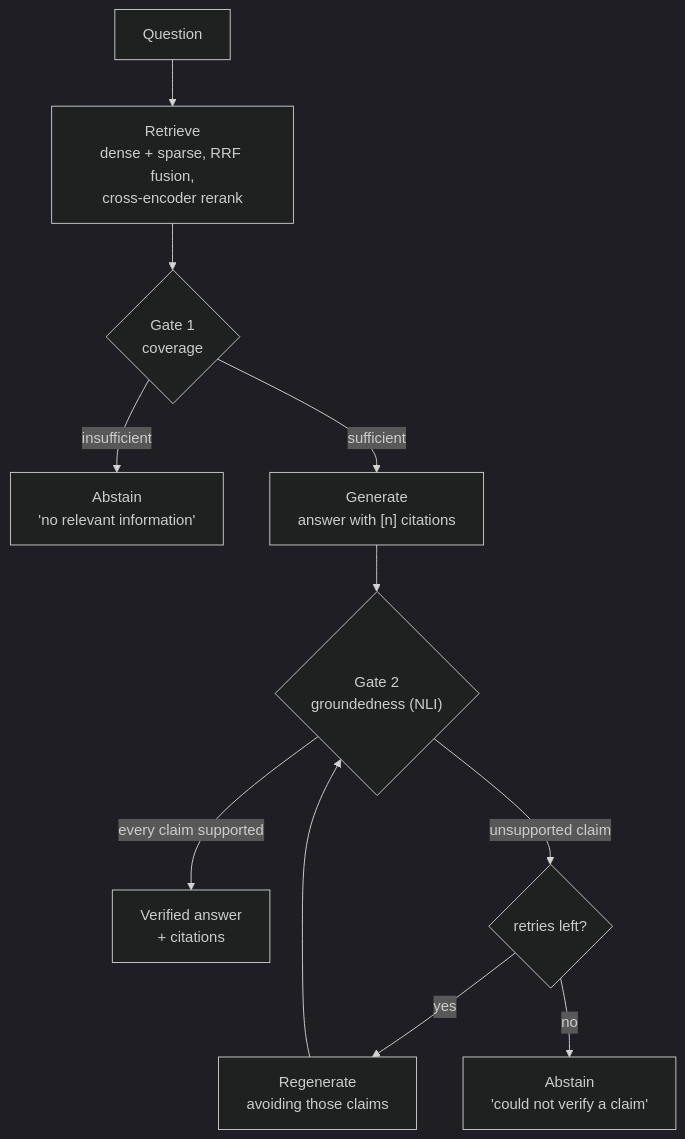
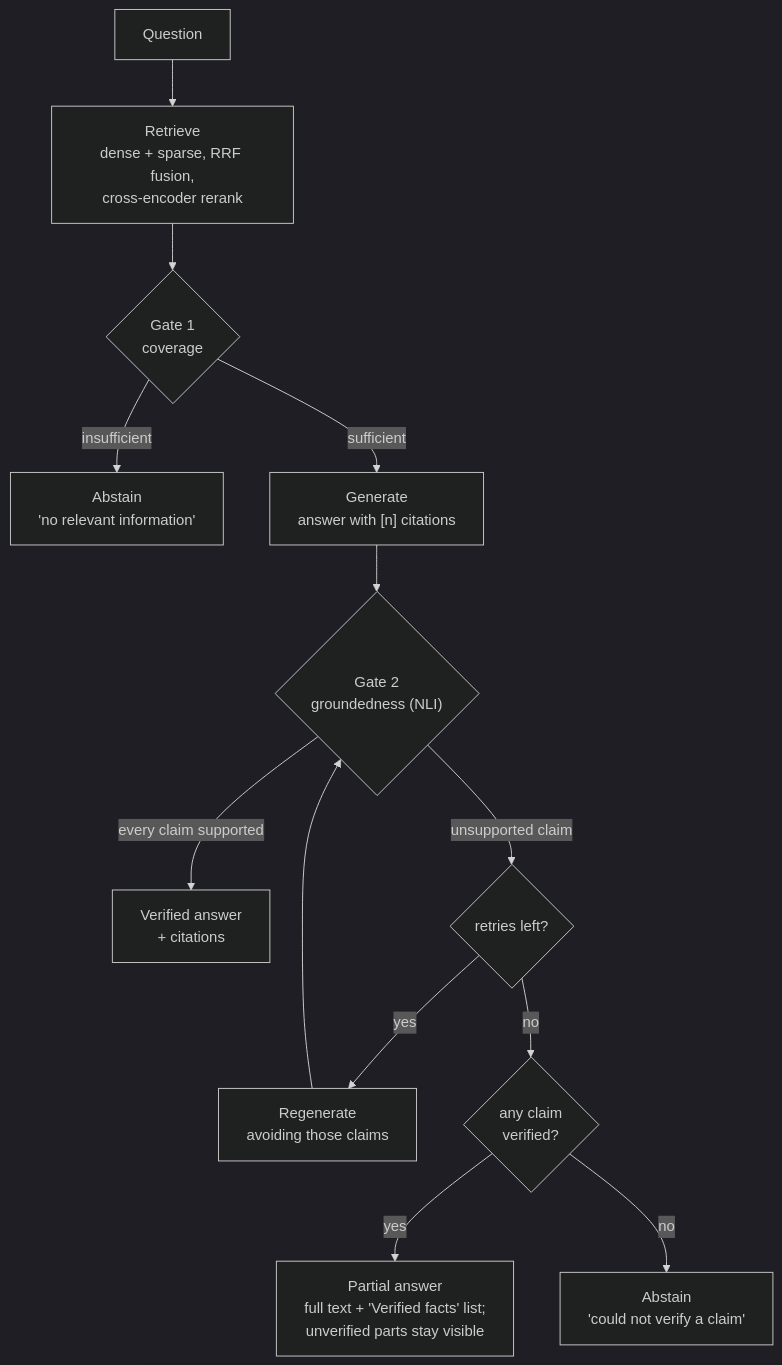
One commit to Ishaanrcks/VeriRag changed the diagram in README.md. Above: the diagram before and after it, drawn with Mermaid (dark theme). The commit also changed other lines of this file and 11 other files, not shown here.

````diff
--- a/README.md
+++ b/README.md
@@ -26,13 +26,15 @@
 ```mermaid
 flowchart TD
     Q["Question"] --> R["Retrieve<br/>dense + sparse, RRF fusion,<br/>cross-encoder rerank"]
     R --> G1{"Gate 1<br/>coverage"}
     G1 -->|insufficient| AB1["Abstain<br/>'no relevant information'"]
     G1 -->|sufficient| GEN["Generate<br/>answer with [n] citations"]
     GEN --> G2{"Gate 2<br/>groundedness (NLI)"}
     G2 -->|every claim supported| OK["Verified answer<br/>+ citations"]
     G2 -->|unsupported claim| LOOP{"retries left?"}
     LOOP -->|yes| RG["Regenerate<br/>avoiding those claims"]
     RG --> G2
-    LOOP -->|no| AB2["Abstain<br/>'could not verify a claim'"]
+    LOOP -->|no| SOME{"any claim<br/>verified?"}
+    SOME -->|yes| PA["Partial answer<br/>full text + 'Verified facts' list;<br/>unverified parts stay visible"]
+    SOME -->|no| AB2["Abstain<br/>'could not verify a claim'"]
 ```
````
